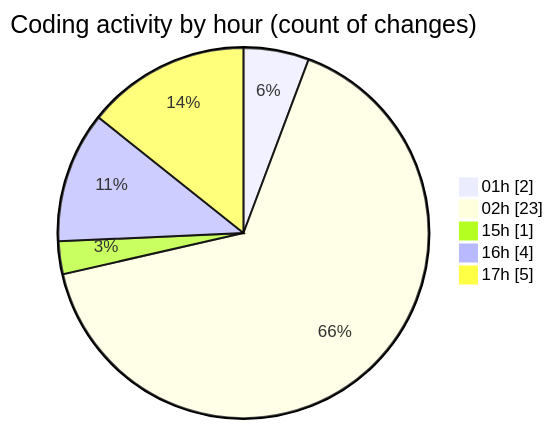
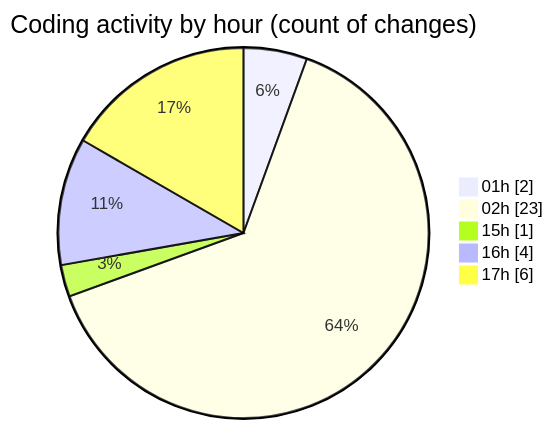
One commit to mevix1/code-tracking changed the second of 2 diagrams in 2025-10-01/open-health/README.md. Above: the diagram before and after it, drawn with Mermaid. The commit also changed other lines of this file and 1 other file, not shown here.

````diff
--- a/2025-10-01/open-health/README.md
+++ b/2025-10-01/open-health/README.md
@@ -46,9 +47,9 @@
 ```mermaid
 pie showData
 title Coding activity by hour (count of changes)
 "01h" : 2
 "02h" : 23
 "15h" : 1
 "16h" : 4
-"17h" : 5
+"17h" : 6
 ```
````
